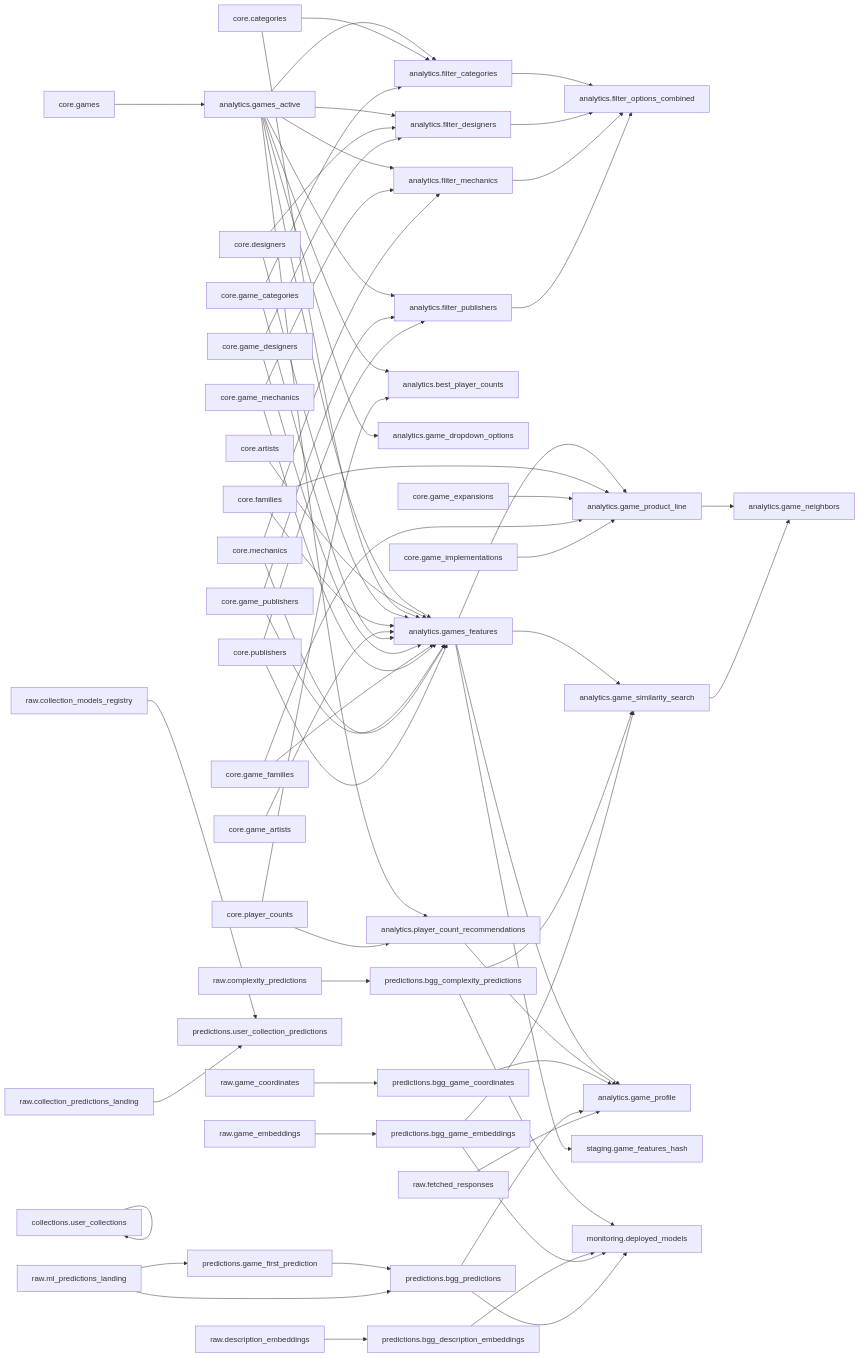
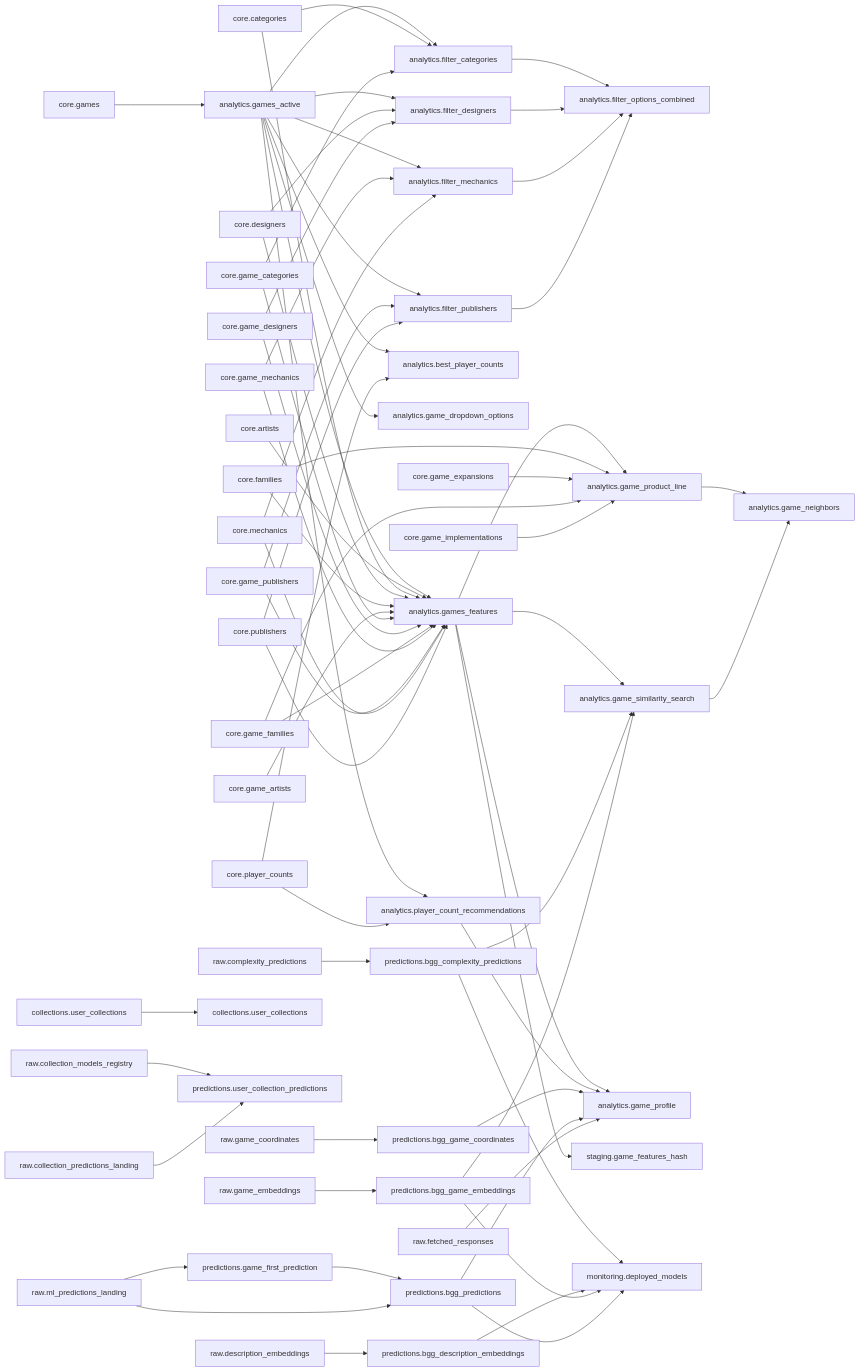
One commit to phenrickson/bgg-data-warehouse changed the diagram in docs/lineage.md. Above: the diagram before and after it, drawn with Mermaid. The commit also changed 1 other file, not shown here.

Commit message:
Update Dataform lineage diagram [skip ci]

````diff
--- a/docs/lineage.md
+++ b/docs/lineage.md
@@ -3,68 +3,68 @@
 ```mermaid
 graph LR
-    analytics__filter_categories["analytics.filter_categories"] --> analytics__filter_options_combined["analytics.filter_options_combined"]
-    analytics__filter_designers["analytics.filter_designers"] --> analytics__filter_options_combined["analytics.filter_options_combined"]
-    analytics__filter_mechanics["analytics.filter_mechanics"] --> analytics__filter_options_combined["analytics.filter_options_combined"]
-    analytics__filter_publishers["analytics.filter_publishers"] --> analytics__filter_options_combined["analytics.filter_options_combined"]
-    analytics__game_product_line["analytics.game_product_line"] --> analytics__game_neighbors["analytics.game_neighbors"]
-    analytics__game_similarity_search["analytics.game_similarity_search"] --> analytics__game_neighbors["analytics.game_neighbors"]
-    analytics__games_active["analytics.games_active"] --> analytics__best_player_counts["analytics.best_player_counts"]
-    analytics__games_active["analytics.games_active"] --> analytics__filter_categories["analytics.filter_categories"]
-    analytics__games_active["analytics.games_active"] --> analytics__filter_designers["analytics.filter_designers"]
-    analytics__games_active["analytics.games_active"] --> analytics__filter_mechanics["analytics.filter_mechanics"]
-    analytics__games_active["analytics.games_active"] --> analytics__filter_publishers["analytics.filter_publishers"]
-    analytics__games_active["analytics.games_active"] --> analytics__game_dropdown_options["analytics.game_dropdown_options"]
-    analytics__games_active["analytics.games_active"] --> analytics__games_features["analytics.games_features"]
-    analytics__games_active["analytics.games_active"] --> analytics__player_count_recommendations["analytics.player_count_recommendations"]
-    analytics__games_features["analytics.games_features"] --> analytics__game_product_line["analytics.game_product_line"]
-    analytics__games_features["analytics.games_features"] --> analytics__game_profile["analytics.game_profile"]
-    analytics__games_features["analytics.games_features"] --> analytics__game_similarity_search["analytics.game_similarity_search"]
-    analytics__games_features["analytics.games_features"] --> staging__game_features_hash["staging.game_features_hash"]
-    analytics__player_count_recommendations["analytics.player_count_recommendations"] --> analytics__game_profile["analytics.game_profile"]
-    collections__user_collections["collections.user_collections"] --> collections__user_collections["collections.user_collections"]
-    core__artists["core.artists"] --> analytics__games_features["analytics.games_features"]
-    core__categories["core.categories"] --> analytics__filter_categories["analytics.filter_categories"]
-    core__categories["core.categories"] --> analytics__games_features["analytics.games_features"]
-    core__designers["core.designers"] --> analytics__filter_designers["analytics.filter_designers"]
-    core__designers["core.designers"] --> analytics__games_features["analytics.games_features"]
-    core__families["core.families"] --> analytics__game_product_line["analytics.game_product_line"]
-    core__families["core.families"] --> analytics__games_features["analytics.games_features"]
-    core__game_artists["core.game_artists"] --> analytics__games_features["analytics.games_features"]
-    core__game_categories["core.game_categories"] --> analytics__filter_categories["analytics.filter_categories"]
-    core__game_categories["core.game_categories"] --> analytics__games_features["analytics.games_features"]
-    core__game_designers["core.game_designers"] --> analytics__filter_designers["analytics.filter_designers"]
-    core__game_designers["core.game_designers"] --> analytics__games_features["analytics.games_features"]
-    core__game_expansions["core.game_expansions"] --> analytics__game_product_line["analytics.game_product_line"]
-    core__game_families["core.game_families"] --> analytics__game_product_line["analytics.game_product_line"]
-    core__game_families["core.game_families"] --> analytics__games_features["analytics.games_features"]
-    core__game_implementations["core.game_implementations"] --> analytics__game_product_line["analytics.game_product_line"]
-    core__game_mechanics["core.game_mechanics"] --> analytics__filter_mechanics["analytics.filter_mechanics"]
-    core__game_mechanics["core.game_mechanics"] --> analytics__games_features["analytics.games_features"]
-    core__game_publishers["core.game_publishers"] --> analytics__filter_publishers["analytics.filter_publishers"]
-    core__game_publishers["core.game_publishers"] --> analytics__games_features["analytics.games_features"]
-    core__games["core.games"] --> analytics__games_active["analytics.games_active"]
-    core__mechanics["core.mechanics"] --> analytics__filter_mechanics["analytics.filter_mechanics"]
-    core__mechanics["core.mechanics"] --> analytics__games_features["analytics.games_features"]
-    core__player_counts["core.player_counts"] --> analytics__best_player_counts["analytics.best_player_counts"]
-    core__player_counts["core.player_counts"] --> analytics__player_count_recommendations["analytics.player_count_recommendations"]
-    core__publishers["core.publishers"] --> analytics__filter_publishers["analytics.filter_publishers"]
-    core__publishers["core.publishers"] --> analytics__games_features["analytics.games_features"]
-    predictions__bgg_complexity_predictions["predictions.bgg_complexity_predictions"] --> analytics__game_similarity_search["analytics.game_similarity_search"]
-    predictions__bgg_complexity_predictions["predictions.bgg_complexity_predictions"] --> monitoring__deployed_models["monitoring.deployed_models"]
-    predictions__bgg_description_embeddings["predictions.bgg_description_embeddings"] --> monitoring__deployed_models["monitoring.deployed_models"]
-    predictions__bgg_game_coordinates["predictions.bgg_game_coordinates"] --> analytics__game_profile["analytics.game_profile"]
-    predictions__bgg_game_embeddings["predictions.bgg_game_embeddings"] --> analytics__game_similarity_search["analytics.game_similarity_search"]
-    predictions__bgg_game_embeddings["predictions.bgg_game_embeddings"] --> monitoring__deployed_models["monitoring.deployed_models"]
-    predictions__bgg_predictions["predictions.bgg_predictions"] --> analytics__game_profile["analytics.game_profile"]
-    predictions__bgg_predictions["predictions.bgg_predictions"] --> monitoring__deployed_models["monitoring.deployed_models"]
-    predictions__game_first_prediction["predictions.game_first_prediction"] --> predictions__bgg_predictions["predictions.bgg_predictions"]
-    raw__collection_models_registry["raw.collection_models_registry"] --> predictions__user_collection_predictions["predictions.user_collection_predictions"]
-    raw__collection_predictions_landing["raw.collection_predictions_landing"] --> predictions__user_collection_predictions["predictions.user_collection_predictions"]
-    raw__complexity_predictions["raw.complexity_predictions"] --> predictions__bgg_complexity_predictions["predictions.bgg_complexity_predictions"]
-    raw__description_embeddings["raw.description_embeddings"] --> predictions__bgg_description_embeddings["predictions.bgg_description_embeddings"]
-    raw__fetched_responses["raw.fetched_responses"] --> analytics__game_profile["analytics.game_profile"]
-    raw__game_coordinates["raw.game_coordinates"] --> predictions__bgg_game_coordinates["predictions.bgg_game_coordinates"]
-    raw__game_embeddings["raw.game_embeddings"] --> predictions__bgg_game_embeddings["predictions.bgg_game_embeddings"]
-    raw__ml_predictions_landing["raw.ml_predictions_landing"] --> predictions__bgg_predictions["predictions.bgg_predictions"]
-    raw__ml_predictions_landing["raw.ml_predictions_landing"] --> predictions__game_first_prediction["predictions.game_first_prediction"]
+    bgg_data_warehouse_analytics_filter_categories["analytics.filter_categories"] --> bgg_data_warehouse_analytics_filter_options_combined["analytics.filter_options_combined"]
+    bgg_data_warehouse_analytics_filter_designers["analytics.filter_designers"] --> bgg_data_warehouse_analytics_filter_options_combined["analytics.filter_options_combined"]
+    bgg_data_warehouse_analytics_filter_mechanics["analytics.filter_mechanics"] --> bgg_data_warehouse_analytics_filter_options_combined["analytics.filter_options_combined"]
+    bgg_data_warehouse_analytics_filter_publishers["analytics.filter_publishers"] --> bgg_data_warehouse_analytics_filter_options_combined["analytics.filter_options_combined"]
+    bgg_data_warehouse_analytics_game_product_line["analytics.game_product_line"] --> bgg_data_warehouse_analytics_game_neighbors["analytics.game_neighbors"]
+    bgg_data_warehouse_analytics_game_similarity_search["analytics.game_similarity_search"] --> bgg_data_warehouse_analytics_game_neighbors["analytics.game_neighbors"]
+    bgg_data_warehouse_analytics_games_active["analytics.games_active"] --> bgg_data_warehouse_analytics_best_player_counts["analytics.best_player_counts"]
+    bgg_data_warehouse_analytics_games_active["analytics.games_active"] --> bgg_data_warehouse_analytics_filter_categories["analytics.filter_categories"]
+    bgg_data_warehouse_analytics_games_active["analytics.games_active"] --> bgg_data_warehouse_analytics_filter_designers["analytics.filter_designers"]
+    bgg_data_warehouse_analytics_games_active["analytics.games_active"] --> bgg_data_warehouse_analytics_filter_mechanics["analytics.filter_mechanics"]
+    bgg_data_warehouse_analytics_games_active["analytics.games_active"] --> bgg_data_warehouse_analytics_filter_publishers["analytics.filter_publishers"]
+    bgg_data_warehouse_analytics_games_active["analytics.games_active"] --> bgg_data_warehouse_analytics_game_dropdown_options["analytics.game_dropdown_options"]
+    bgg_data_warehouse_analytics_games_active["analytics.games_active"] --> bgg_data_warehouse_analytics_games_features["analytics.games_features"]
+    bgg_data_warehouse_analytics_games_active["analytics.games_active"] --> bgg_data_warehouse_analytics_player_count_recommendations["analytics.player_count_recommendations"]
+    bgg_data_warehouse_analytics_games_features["analytics.games_features"] --> bgg_data_warehouse_analytics_game_product_line["analytics.game_product_line"]
+    bgg_data_warehouse_analytics_games_features["analytics.games_features"] --> bgg_data_warehouse_analytics_game_profile["analytics.game_profile"]
+    bgg_data_warehouse_analytics_games_features["analytics.games_features"] --> bgg_data_warehouse_analytics_game_similarity_search["analytics.game_similarity_search"]
+    bgg_data_warehouse_analytics_games_features["analytics.games_features"] --> bgg_data_warehouse_staging_game_features_hash["staging.game_features_hash"]
+    bgg_data_warehouse_analytics_player_count_recommendations["analytics.player_count_recommendations"] --> bgg_data_warehouse_analytics_game_profile["analytics.game_profile"]
+    bgg_data_warehouse_core_artists["core.artists"] --> bgg_data_warehouse_analytics_games_features["analytics.games_features"]
+    bgg_data_warehouse_core_categories["core.categories"] --> bgg_data_warehouse_analytics_filter_categories["analytics.filter_categories"]
+    bgg_data_warehouse_core_categories["core.categories"] --> bgg_data_warehouse_analytics_games_features["analytics.games_features"]
+    bgg_data_warehouse_core_designers["core.designers"] --> bgg_data_warehouse_analytics_filter_designers["analytics.filter_designers"]
+    bgg_data_warehouse_core_designers["core.designers"] --> bgg_data_warehouse_analytics_games_features["analytics.games_features"]
+    bgg_data_warehouse_core_families["core.families"] --> bgg_data_warehouse_analytics_game_product_line["analytics.game_product_line"]
+    bgg_data_warehouse_core_families["core.families"] --> bgg_data_warehouse_analytics_games_features["analytics.games_features"]
+    bgg_data_warehouse_core_game_artists["core.game_artists"] --> bgg_data_warehouse_analytics_games_features["analytics.games_features"]
+    bgg_data_warehouse_core_game_categories["core.game_categories"] --> bgg_data_warehouse_analytics_filter_categories["analytics.filter_categories"]
+    bgg_data_warehouse_core_game_categories["core.game_categories"] --> bgg_data_warehouse_analytics_games_features["analytics.games_features"]
+    bgg_data_warehouse_core_game_designers["core.game_designers"] --> bgg_data_warehouse_analytics_filter_designers["analytics.filter_designers"]
+    bgg_data_warehouse_core_game_designers["core.game_designers"] --> bgg_data_warehouse_analytics_games_features["analytics.games_features"]
+    bgg_data_warehouse_core_game_expansions["core.game_expansions"] --> bgg_data_warehouse_analytics_game_product_line["analytics.game_product_line"]
+    bgg_data_warehouse_core_game_families["core.game_families"] --> bgg_data_warehouse_analytics_game_product_line["analytics.game_product_line"]
+    bgg_data_warehouse_core_game_families["core.game_families"] --> bgg_data_warehouse_analytics_games_features["analytics.games_features"]
+    bgg_data_warehouse_core_game_implementations["core.game_implementations"] --> bgg_data_warehouse_analytics_game_product_line["analytics.game_product_line"]
+    bgg_data_warehouse_core_game_mechanics["core.game_mechanics"] --> bgg_data_warehouse_analytics_filter_mechanics["analytics.filter_mechanics"]
+    bgg_data_warehouse_core_game_mechanics["core.game_mechanics"] --> bgg_data_warehouse_analytics_games_features["analytics.games_features"]
+    bgg_data_warehouse_core_game_publishers["core.game_publishers"] --> bgg_data_warehouse_analytics_filter_publishers["analytics.filter_publishers"]
+    bgg_data_warehouse_core_game_publishers["core.game_publishers"] --> bgg_data_warehouse_analytics_games_features["analytics.games_features"]
+    bgg_data_warehouse_core_games["core.games"] --> bgg_data_warehouse_analytics_games_active["analytics.games_active"]
+    bgg_data_warehouse_core_mechanics["core.mechanics"] --> bgg_data_warehouse_analytics_filter_mechanics["analytics.filter_mechanics"]
+    bgg_data_warehouse_core_mechanics["core.mechanics"] --> bgg_data_warehouse_analytics_games_features["analytics.games_features"]
+    bgg_data_warehouse_core_player_counts["core.player_counts"] --> bgg_data_warehouse_analytics_best_player_counts["analytics.best_player_counts"]
+    bgg_data_warehouse_core_player_counts["core.player_counts"] --> bgg_data_warehouse_analytics_player_count_recommendations["analytics.player_count_recommendations"]
+    bgg_data_warehouse_core_publishers["core.publishers"] --> bgg_data_warehouse_analytics_filter_publishers["analytics.filter_publishers"]
+    bgg_data_warehouse_core_publishers["core.publishers"] --> bgg_data_warehouse_analytics_games_features["analytics.games_features"]
+    bgg_data_warehouse_predictions_bgg_complexity_predictions["predictions.bgg_complexity_predictions"] --> bgg_data_warehouse_analytics_game_similarity_search["analytics.game_similarity_search"]
+    bgg_data_warehouse_predictions_bgg_complexity_predictions["predictions.bgg_complexity_predictions"] --> bgg_data_warehouse_monitoring_deployed_models["monitoring.deployed_models"]
+    bgg_data_warehouse_predictions_bgg_description_embeddings["predictions.bgg_description_embeddings"] --> bgg_data_warehouse_monitoring_deployed_models["monitoring.deployed_models"]
+    bgg_data_warehouse_predictions_bgg_game_coordinates["predictions.bgg_game_coordinates"] --> bgg_data_warehouse_analytics_game_profile["analytics.game_profile"]
+    bgg_data_warehouse_predictions_bgg_game_embeddings["predictions.bgg_game_embeddings"] --> bgg_data_warehouse_analytics_game_similarity_search["analytics.game_similarity_search"]
+    bgg_data_warehouse_predictions_bgg_game_embeddings["predictions.bgg_game_embeddings"] --> bgg_data_warehouse_monitoring_deployed_models["monitoring.deployed_models"]
+    bgg_data_warehouse_predictions_bgg_predictions["predictions.bgg_predictions"] --> bgg_data_warehouse_analytics_game_profile["analytics.game_profile"]
+    bgg_data_warehouse_predictions_bgg_predictions["predictions.bgg_predictions"] --> bgg_data_warehouse_monitoring_deployed_models["monitoring.deployed_models"]
+    bgg_data_warehouse_predictions_game_first_prediction["predictions.game_first_prediction"] --> bgg_data_warehouse_predictions_bgg_predictions["predictions.bgg_predictions"]
+    bgg_data_warehouse_raw_fetched_responses["raw.fetched_responses"] --> bgg_data_warehouse_analytics_game_profile["analytics.game_profile"]
+    bgg_predictive_models_collections_user_collections["collections.user_collections"] --> bgg_data_warehouse_collections_user_collections["collections.user_collections"]
+    bgg_predictive_models_raw_collection_models_registry["raw.collection_models_registry"] --> bgg_data_warehouse_predictions_user_collection_predictions["predictions.user_collection_predictions"]
+    bgg_predictive_models_raw_collection_predictions_landing["raw.collection_predictions_landing"] --> bgg_data_warehouse_predictions_user_collection_predictions["predictions.user_collection_predictions"]
+    bgg_predictive_models_raw_complexity_predictions["raw.complexity_predictions"] --> bgg_data_warehouse_predictions_bgg_complexity_predictions["predictions.bgg_complexity_predictions"]
+    bgg_predictive_models_raw_description_embeddings["raw.description_embeddings"] --> bgg_data_warehouse_predictions_bgg_description_embeddings["predictions.bgg_description_embeddings"]
+    bgg_predictive_models_raw_game_coordinates["raw.game_coordinates"] --> bgg_data_warehouse_predictions_bgg_game_coordinates["predictions.bgg_game_coordinates"]
+    bgg_predictive_models_raw_game_embeddings["raw.game_embeddings"] --> bgg_data_warehouse_predictions_bgg_game_embeddings["predictions.bgg_game_embeddings"]
+    bgg_predictive_models_raw_ml_predictions_landing["raw.ml_predictions_landing"] --> bgg_data_warehouse_predictions_bgg_predictions["predictions.bgg_predictions"]
+    bgg_predictive_models_raw_ml_predictions_landing["raw.ml_predictions_landing"] --> bgg_data_warehouse_predictions_game_first_prediction["predictions.game_first_prediction"]
 ```
````
